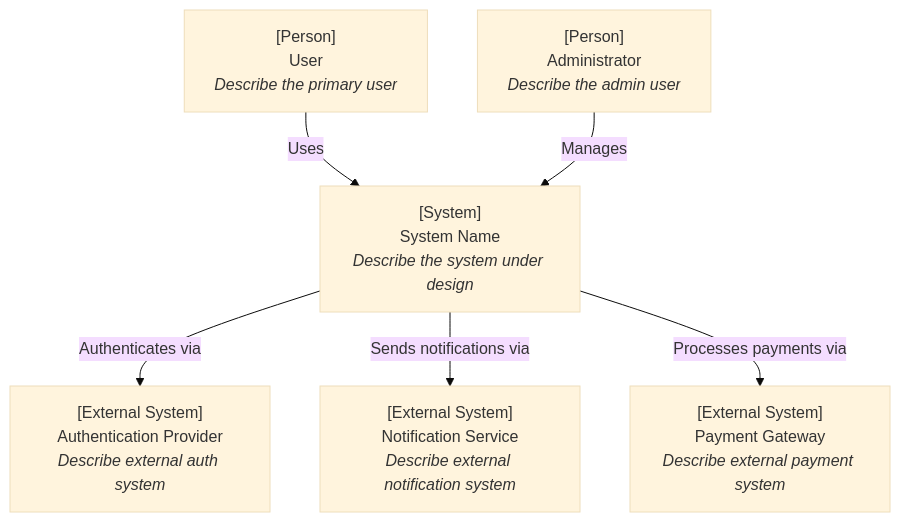
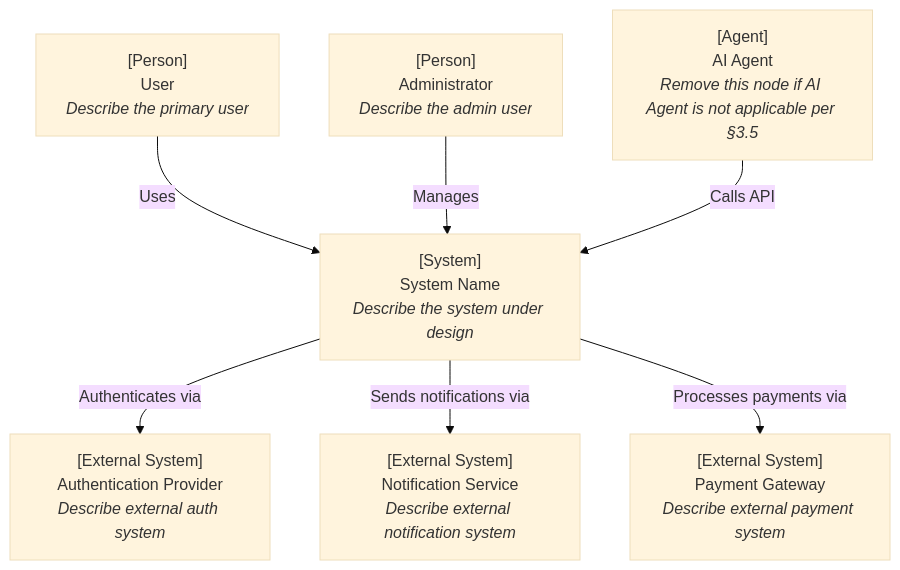
Before and after one commit to tercel/spec-forge: the first of 9 diagrams in skills/tech-design-generation/references/template.md, drawn with Mermaid (base theme). The commit also changed other lines of this file and 9 other files, not shown here.

````diff
--- a/skills/tech-design-generation/references/template.md
+++ b/skills/tech-design-generation/references/template.md
@@ -86,17 +91,19 @@
 ```mermaid
 flowchart TB
     User["[Person]<br/>User<br/><i>Describe the primary user</i>"]
     Admin["[Person]<br/>Administrator<br/><i>Describe the admin user</i>"]
+    Agent["[Agent]<br/>AI Agent<br/><i>Remove this node if AI Agent is not applicable per §3.5</i>"]
 
     System["[System]<br/>System Name<br/><i>Describe the system under design</i>"]
 
     ExtAuth["[External System]<br/>Authentication Provider<br/><i>Describe external auth system</i>"]
     ExtNotif["[External System]<br/>Notification Service<br/><i>Describe external notification system</i>"]
     ExtPayment["[External System]<br/>Payment Gateway<br/><i>Describe external payment system</i>"]
 
     User -->|"Uses"| System
     Admin -->|"Manages"| System
+    Agent -->|"Calls API"| System
     System -->|"Authenticates via"| ExtAuth
     System -->|"Sends notifications via"| ExtNotif
     System -->|"Processes payments via"| ExtPayment
 ```
````
